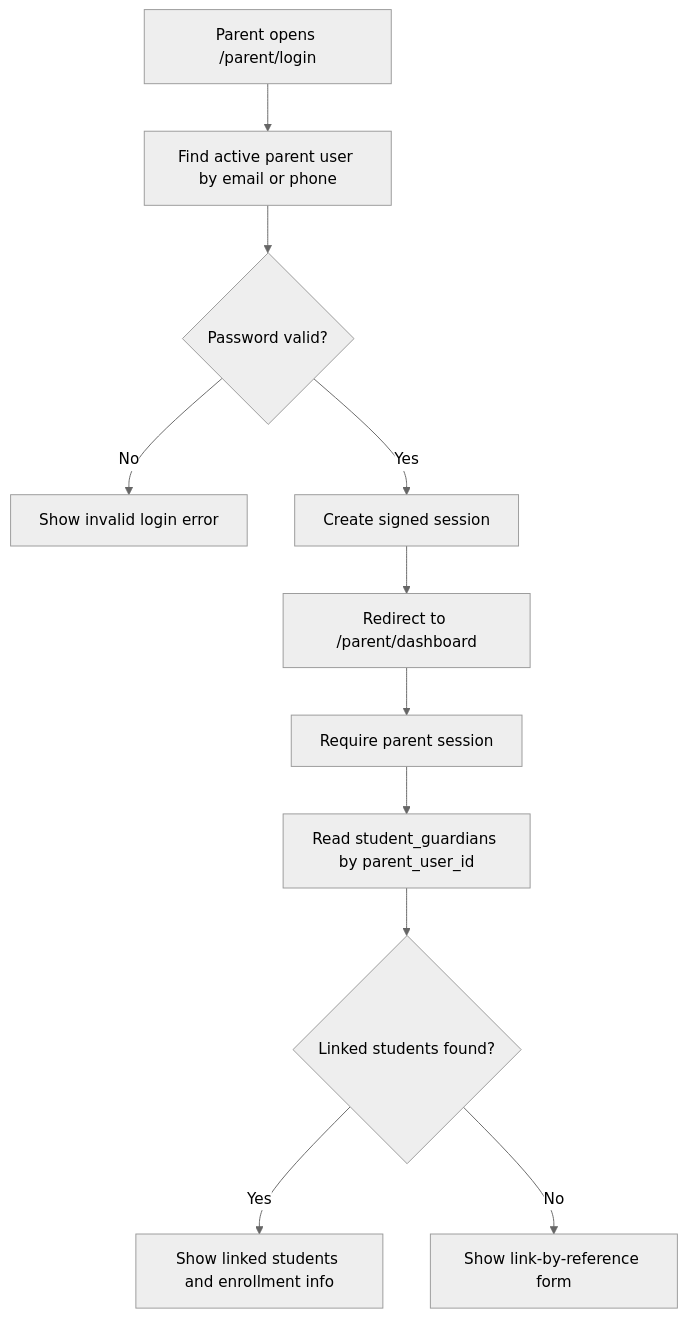
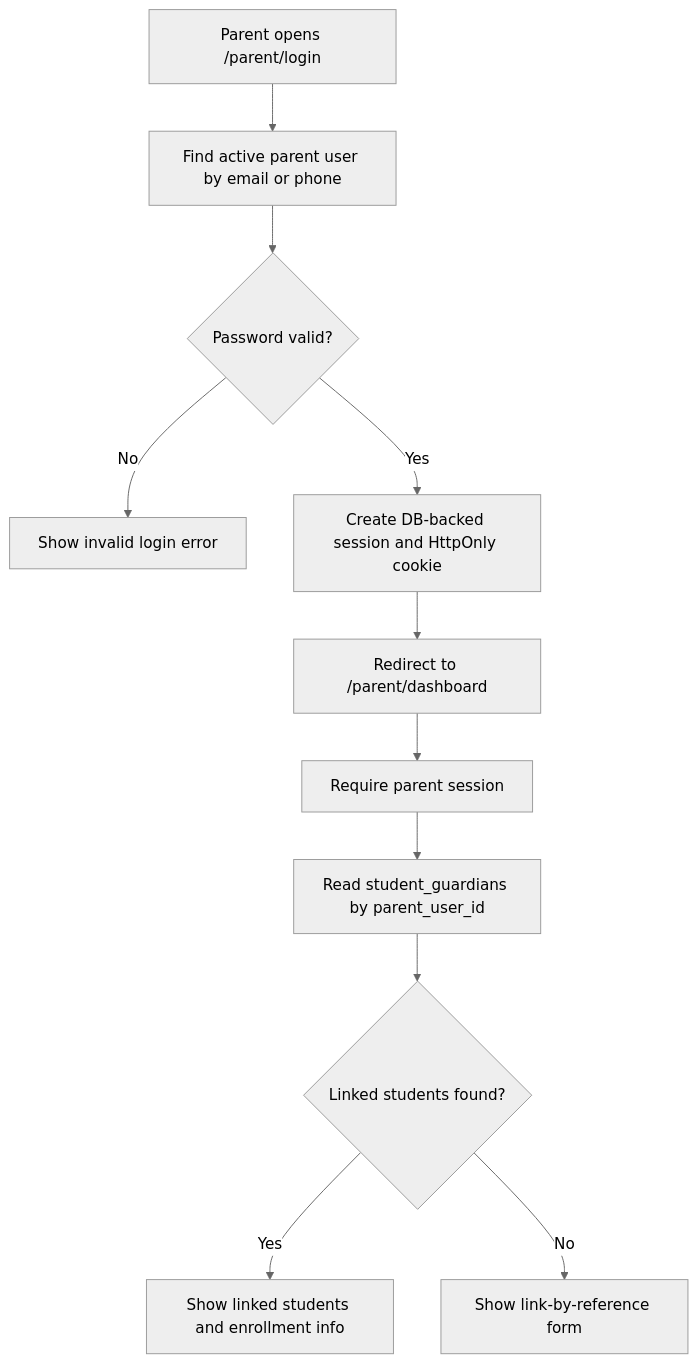
Before and after one commit to Xeyn19/xmetapay: the eighth of 14 diagrams in docs/PROJECT_FLOWCHARTS.md, drawn with Mermaid (neutral theme). The commit also changed other lines of this file and 5 other files, not shown here.

````diff
--- a/docs/PROJECT_FLOWCHARTS.md
+++ b/docs/PROJECT_FLOWCHARTS.md
@@ -263,13 +265,13 @@
 ```mermaid
 flowchart TD
   A["Parent opens /parent/login"] --> B["Find active parent user by email or phone"]
   B --> C{"Password valid?"}
   C -->|No| D["Show invalid login error"]
-  C -->|Yes| E["Create signed session"]
+  C -->|Yes| E["Create DB-backed session and HttpOnly cookie"]
   E --> F["Redirect to /parent/dashboard"]
   F --> G["Require parent session"]
   G --> H["Read student_guardians by parent_user_id"]
   H --> I{"Linked students found?"}
   I -->|Yes| J["Show linked students and enrollment info"]
   I -->|No| K["Show link-by-reference form"]
 ```
````
